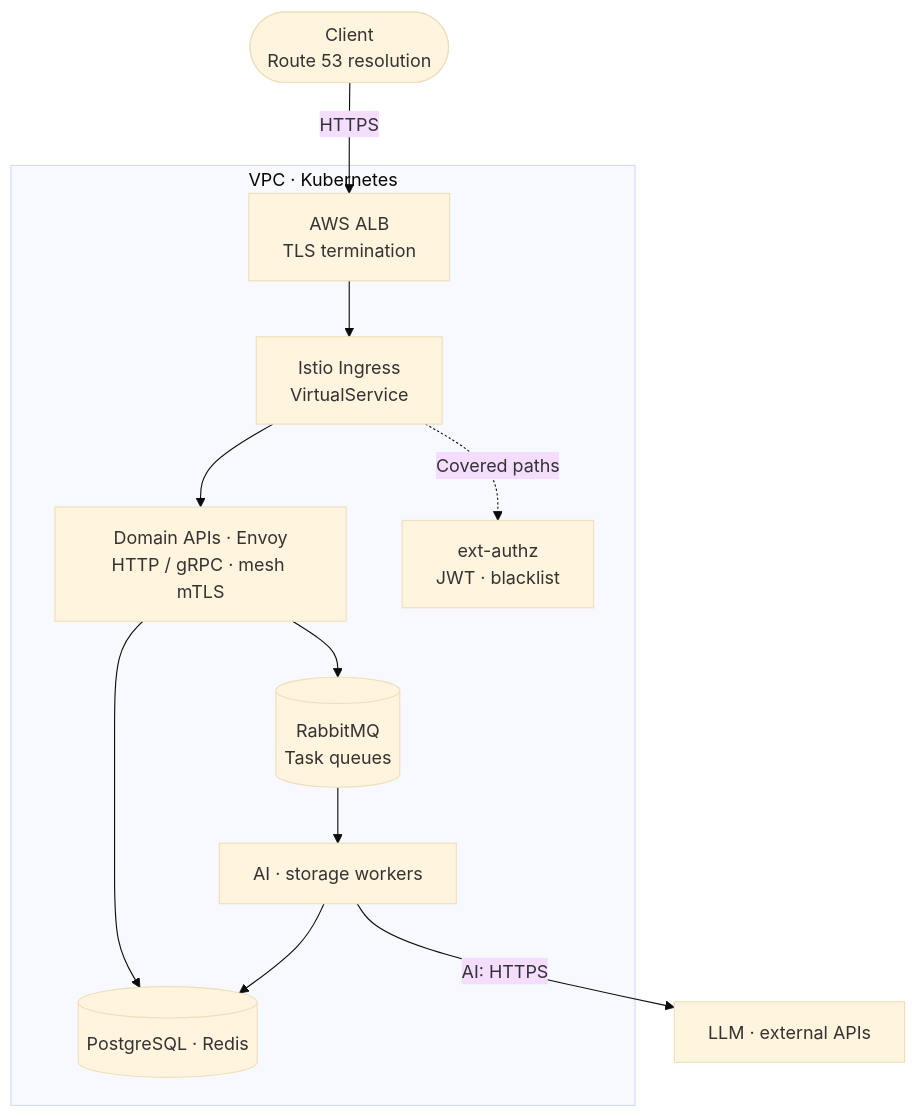
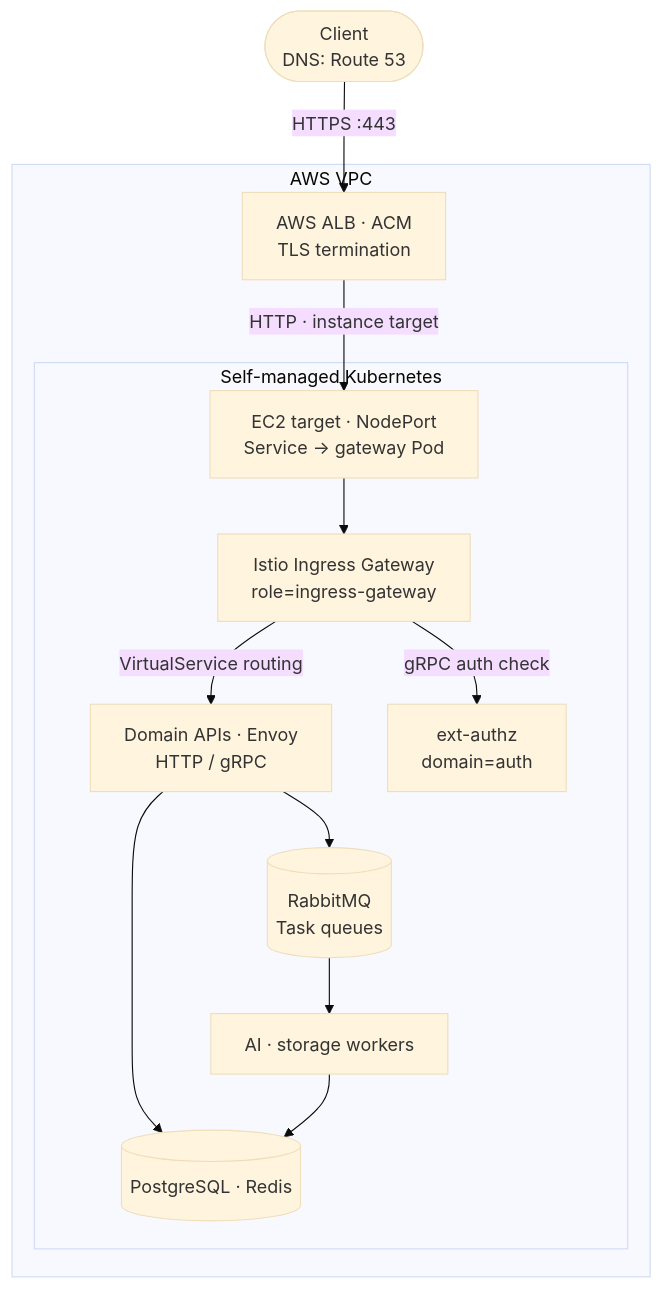
The sixth of 12 diagrams in README_EN.md (mangowhoiscloud/mangowhoiscloud), drawn with Mermaid (base theme) before and after one commit. The commit also changed other lines of this file and 2 other files, not shown here.

Commit message:
docs: clarify Eco2 Kubernetes layer and placement boundaries

````diff
--- a/README_EN.md
+++ b/README_EN.md
@@ -205,16 +248,21 @@
 ```mermaid
 flowchart TB
     accTitle: Eco² request paths and service network
-    accDescr: Client requests traverse Route 53, ALB, and Istio Ingress to domain APIs. Delegated authorization, RabbitMQ worker dispatch, data access, and external API calls are distinct paths. This logical view does not imply every machine is in a private subnet.
-    Client(["Client<br/>Route 53 resolution"]) -->|HTTPS| Edge["AWS ALB<br/>TLS termination"]
-    subgraph VPC["VPC · Kubernetes"]
-        Edge --> Ingress["Istio Ingress<br/>VirtualService"]
-        Ingress --> APIs["Domain APIs · Envoy<br/>HTTP / gRPC · mesh mTLS"]
-        Ingress -.->|Covered paths| Auth["ext-authz<br/>JWT · blacklist"]
-        APIs --> MQ[("RabbitMQ<br/>Task queues")]
-        MQ --> Workers["AI · storage workers"]
-        APIs --> Data[("PostgreSQL · Redis")]
-        Workers --> Data
+    accDescr: After Route 53 DNS resolution, the client connects to ALB over HTTPS. ALB is outside Kubernetes and forwards through an instance target's NodePort to an Ingress Gateway Pod on a dedicated node. The gateway checks authorization with ext-authz on the auth node and routes to APIs. Asynchronous work and data access are separate paths.
+    Client(["Client<br/>DNS: Route 53"]) -->|HTTPS :443| Edge
+    subgraph VPC["AWS VPC"]
+        Edge["AWS ALB · ACM<br/>TLS termination"]
+        subgraph Cluster["Self-managed Kubernetes"]
+            NodePort["EC2 target · NodePort<br/>Service → gateway Pod"]
+            Ingress["Istio Ingress Gateway<br/>role=ingress-gateway"]
+            NodePort --> Ingress
+            Ingress -->|VirtualService routing| APIs["Domain APIs · Envoy<br/>HTTP / gRPC"]
+            Ingress -->|gRPC auth check| Auth["ext-authz<br/>domain=auth"]
+            APIs --> MQ[("RabbitMQ<br/>Task queues")]
+            MQ --> Workers["AI · storage workers"]
+            APIs --> Data[("PostgreSQL · Redis")]
+            Workers --> Data
+        end
+        Edge -->|HTTP · instance target| NodePort
     end
-    Workers -->|AI: HTTPS| External["LLM · external APIs"]
 ```
````
